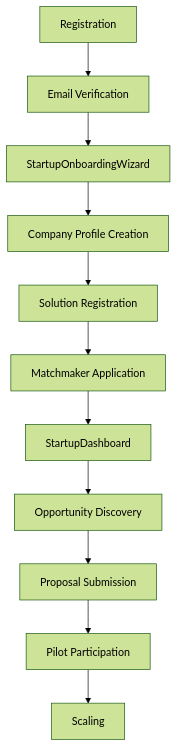
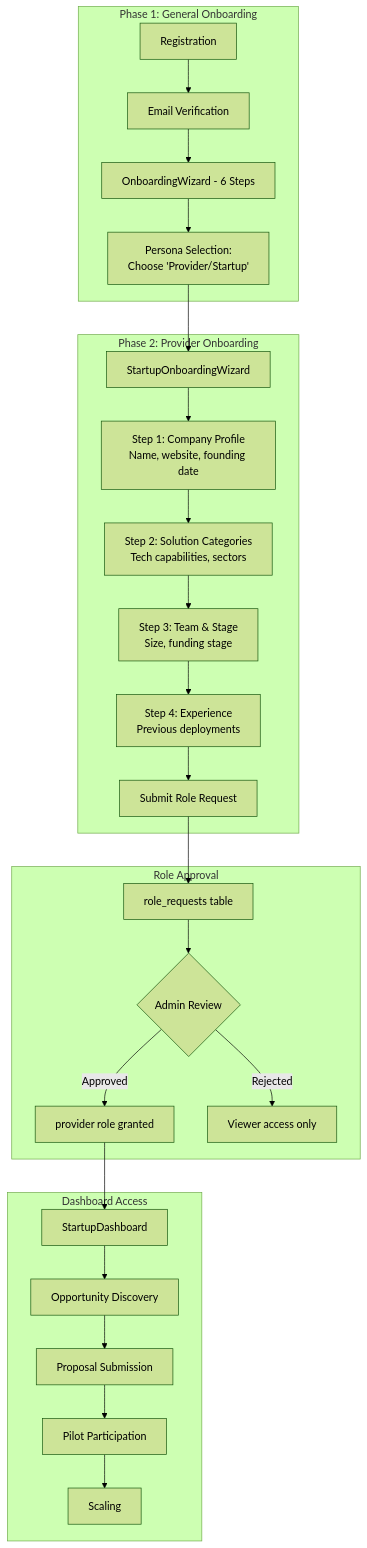
Before and after one commit to Qahtani1979/innovate-saudi: the diagram in docs/personas/PROVIDER_PERSONA.md, drawn with Mermaid (forest theme). The commit also changed other lines of this file and 8 other files, not shown here.

````diff
--- a/docs/personas/PROVIDER_PERSONA.md
+++ b/docs/personas/PROVIDER_PERSONA.md
@@ -19,13 +19,32 @@
 ```mermaid
 graph TD
-    A[Registration] --> B[Email Verification]
-    B --> C[StartupOnboardingWizard]
-    C --> D[Company Profile Creation]
-    D --> E[Solution Registration]
-    E --> F[Matchmaker Application]
-    F --> G[StartupDashboard]
-    G --> H[Opportunity Discovery]
-    H --> I[Proposal Submission]
-    I --> J[Pilot Participation]
-    J --> K[Scaling]
+    subgraph PHASE1["Phase 1: General Onboarding"]
+        A[Registration] --> B[Email Verification]
+        B --> C[OnboardingWizard - 6 Steps]
+        C --> D["Persona Selection:<br/>Choose 'Provider/Startup'"]
+    end
+
+    subgraph PHASE2["Phase 2: Provider Onboarding"]
+        D --> E[StartupOnboardingWizard]
+        E --> F[Step 1: Company Profile<br/>Name, website, founding date]
+        F --> G[Step 2: Solution Categories<br/>Tech capabilities, sectors]
+        G --> H[Step 3: Team & Stage<br/>Size, funding stage]
+        H --> I[Step 4: Experience<br/>Previous deployments]
+        I --> J[Submit Role Request]
+    end
+
+    subgraph APPROVAL["Role Approval"]
+        J --> K[role_requests table]
+        K --> L{Admin Review}
+        L -->|Approved| M[provider role granted]
+        L -->|Rejected| N[Viewer access only]
+    end
+
+    subgraph DASHBOARD["Dashboard Access"]
+        M --> O[StartupDashboard]
+        O --> P[Opportunity Discovery]
+        P --> Q[Proposal Submission]
+        Q --> R[Pilot Participation]
+        R --> S[Scaling]
+    end
 ```
````
